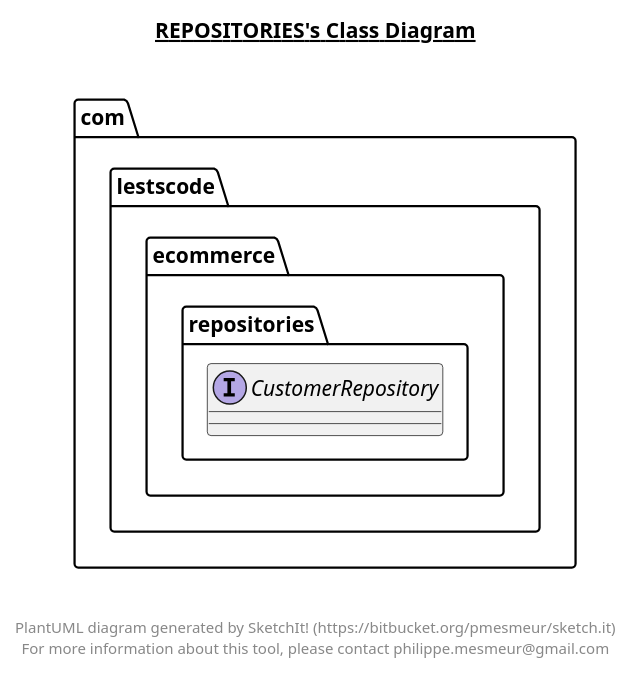
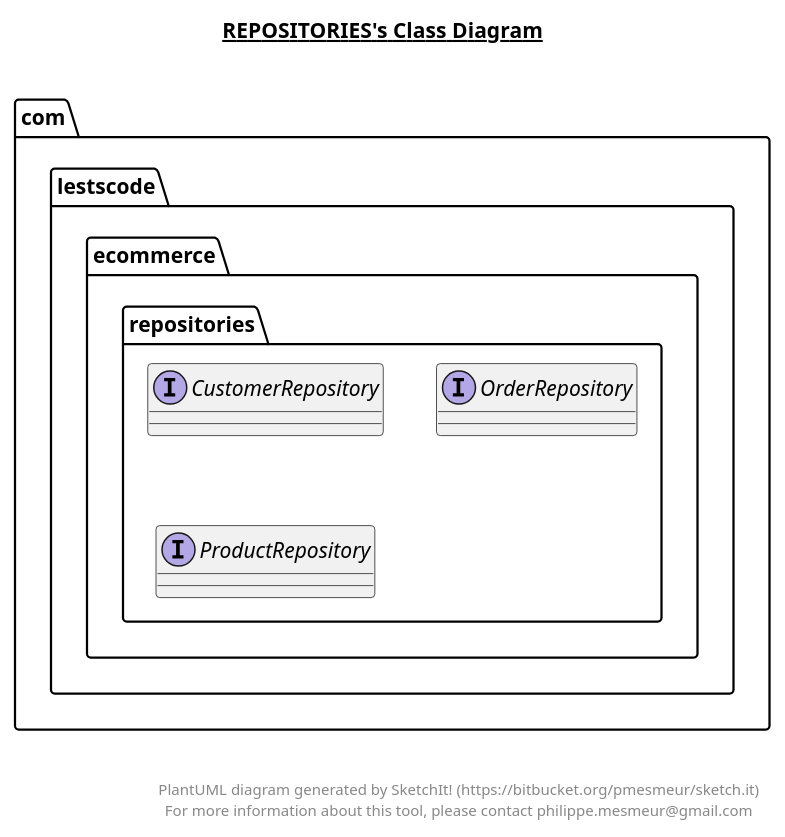
Before and after one commit to heyder48/ecommerce: the diagram in src/main/java/com/lestscode/ecommerce/repositories/repositories.plantuml, drawn with PlantUML. The commit also changed 18 other files, not shown here.

```diff
--- a/src/main/java/com/lestscode/ecommerce/repositories/repositories.plantuml
+++ b/src/main/java/com/lestscode/ecommerce/repositories/repositories.plantuml
@@ -1,22 +1,38 @@
 @startuml
 
 title __REPOSITORIES's Class Diagram__\n
 
   namespace com.lestscode.ecommerce {
     namespace repositories {
       interface com.lestscode.ecommerce.repositories.CustomerRepository {
+      }
+    }
+  }
+  
+
+  namespace com.lestscode.ecommerce {
+    namespace repositories {
+      interface com.lestscode.ecommerce.repositories.OrderRepository {
+      }
+    }
+  }
+  
+
+  namespace com.lestscode.ecommerce {
+    namespace repositories {
+      interface com.lestscode.ecommerce.repositories.ProductRepository {
       }
     }
   }
   
 
 
 
 right footer
 
 
 PlantUML diagram generated by SketchIt! (https://bitbucket.org/pmesmeur/sketch.it)
 For more information about this tool, please contact philippe.mesmeur@gmail.com
 endfooter
 
 @enduml
```
